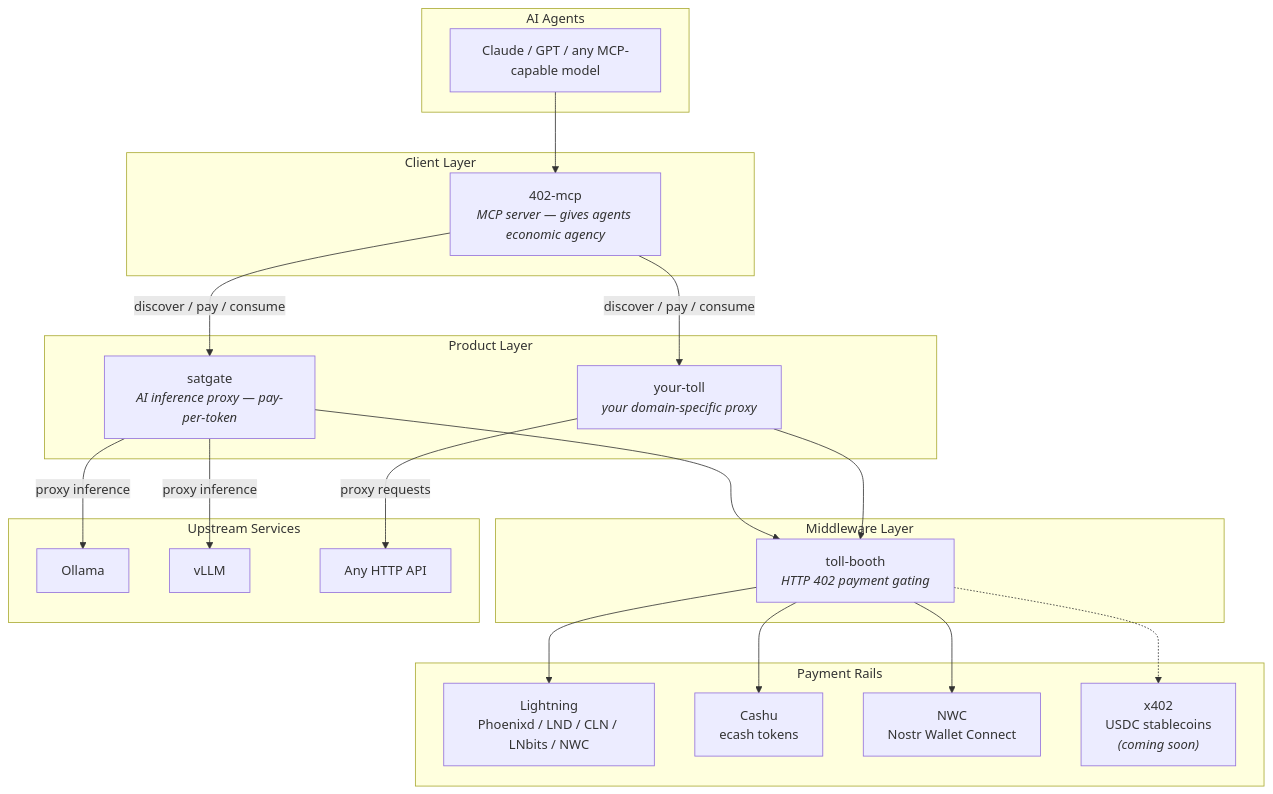
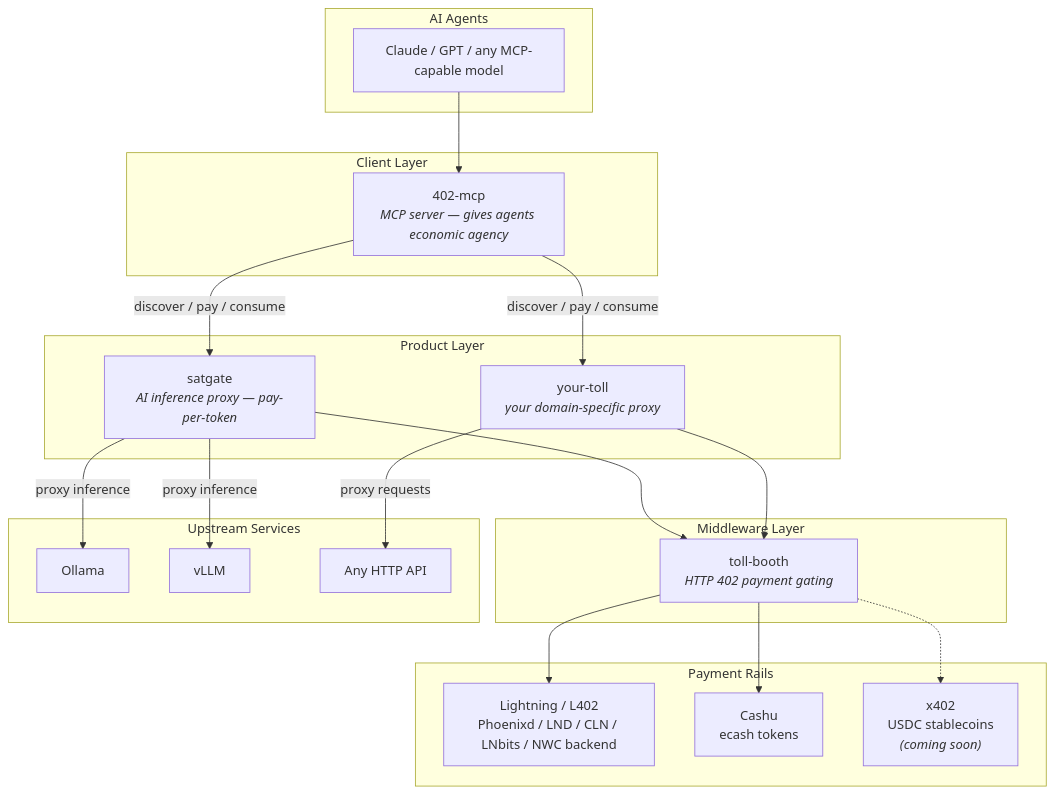
Before and after one commit to forgesworn/toll-booth: the first of 5 diagrams in docs/architecture.md, drawn with Mermaid. The commit also changed other lines of this file and 63 other files, not shown here.

First line of the commit message:
feat!: adopt nwc-kit and remove payer credential flow (#76)

````diff
--- a/docs/architecture.md
+++ b/docs/architecture.md
@@ -7,45 +7,43 @@
 ```mermaid
 graph TB
     subgraph "AI Agents"
         A1[Claude / GPT / any MCP-capable model]
     end
 
     subgraph "Client Layer"
         L402_MCP["402-mcp<br/><i>MCP server — gives agents economic agency</i>"]
     end
 
     subgraph "Product Layer"
         TT["satgate<br/><i>AI inference proxy — pay-per-token</i>"]
         FUTURE["your-toll<br/><i>your domain-specific proxy</i>"]
     end
 
     subgraph "Middleware Layer"
         TB["toll-booth<br/><i>HTTP 402 payment gating</i>"]
     end
 
     subgraph "Payment Rails"
-        LN[Lightning<br/>Phoenixd / LND / CLN / LNbits / NWC]
+        LN[Lightning / L402<br/>Phoenixd / LND / CLN / LNbits / NWC backend]
         CASHU[Cashu<br/>ecash tokens]
-        NWC[NWC<br/>Nostr Wallet Connect]
         X402["x402<br/>USDC stablecoins<br/><i>(coming soon)</i>"]
     end
 
     subgraph "Upstream Services"
         OLLAMA[Ollama]
         VLLM[vLLM]
         ANY_API[Any HTTP API]
     end
 
     A1 --> L402_MCP
     L402_MCP -->|"discover / pay / consume"| TT
     L402_MCP -->|"discover / pay / consume"| FUTURE
     TT --> TB
     FUTURE --> TB
     TB --> LN
     TB --> CASHU
-    TB --> NWC
     TB -.-> X402
     TT -->|"proxy inference"| OLLAMA
     TT -->|"proxy inference"| VLLM
     FUTURE -->|"proxy requests"| ANY_API
 ```
````
